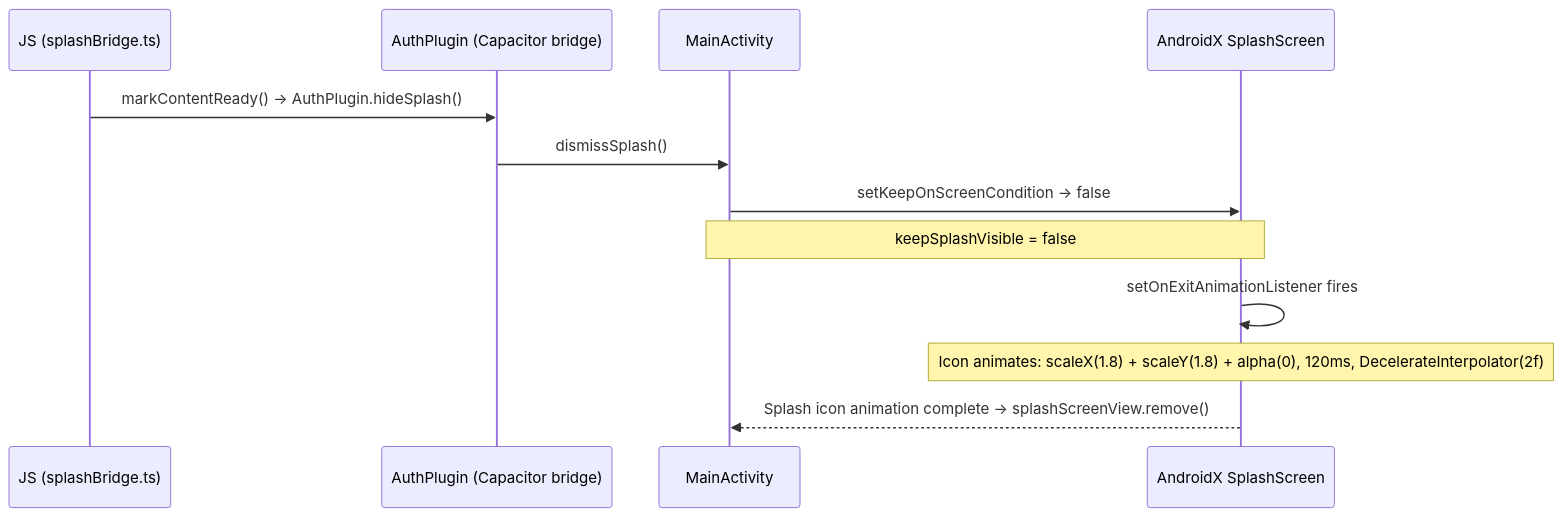
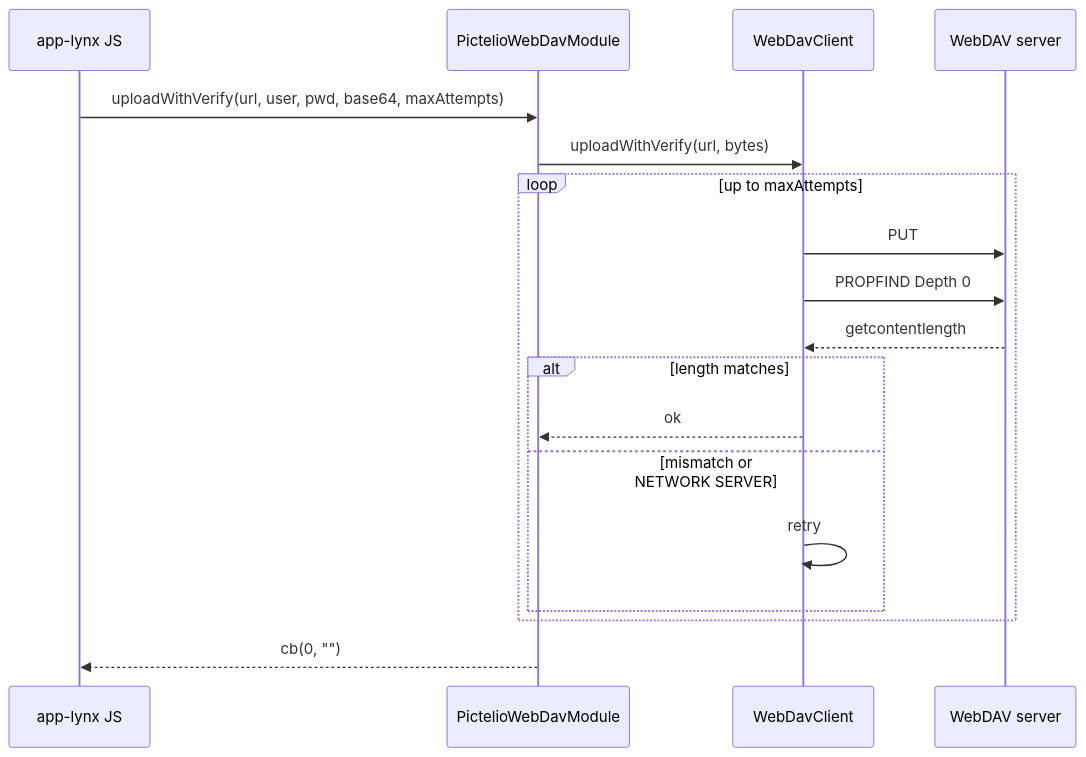
The third of 3 diagrams in openwiki/integrations/android-native.md (a1121611810/Pictelio), drawn with Mermaid before and after one commit. The commit also changed other lines of this file and 25 other files, not shown here.

````diff
--- a/openwiki/integrations/android-native.md
+++ b/openwiki/integrations/android-native.md
@@ -133,15 +226,20 @@
 ```mermaid
 sequenceDiagram
-    participant JS as JS (splashBridge.ts)
-    participant AP as AuthPlugin (Capacitor bridge)
-    participant MA as MainActivity
-    participant SS as AndroidX SplashScreen
-
-    JS->>AP: markContentReady() → AuthPlugin.hideSplash()
-    AP->>MA: dismissSplash()
-    MA->>SS: setKeepOnScreenCondition → false
-    Note over MA,SS: keepSplashVisible = false
-    SS->>SS: setOnExitAnimationListener fires
-    Note over SS: Icon animates: scaleX(1.8) + scaleY(1.8) + alpha(0), 120ms, DecelerateInterpolator(2f)
-    SS-->>MA: Splash icon animation complete → splashScreenView.remove()
+    participant JS as app-lynx JS
+    participant WV as PictelioWebDavModule
+    participant Client as WebDavClient
+    participant Server as WebDAV server
+    JS->>WV: uploadWithVerify(url, user, pwd, base64, maxAttempts)
+    WV->>Client: uploadWithVerify(url, bytes)
+    loop up to maxAttempts
+        Client->>Server: PUT
+        Client->>Server: PROPFIND Depth 0
+        Server-->>Client: getcontentlength
+        alt length matches
+            Client-->>WV: ok
+        else mismatch or NETWORK SERVER
+            Client->>Client: retry
+        end
+    end
+    WV-->>JS: cb(0, "")
 ```
````
